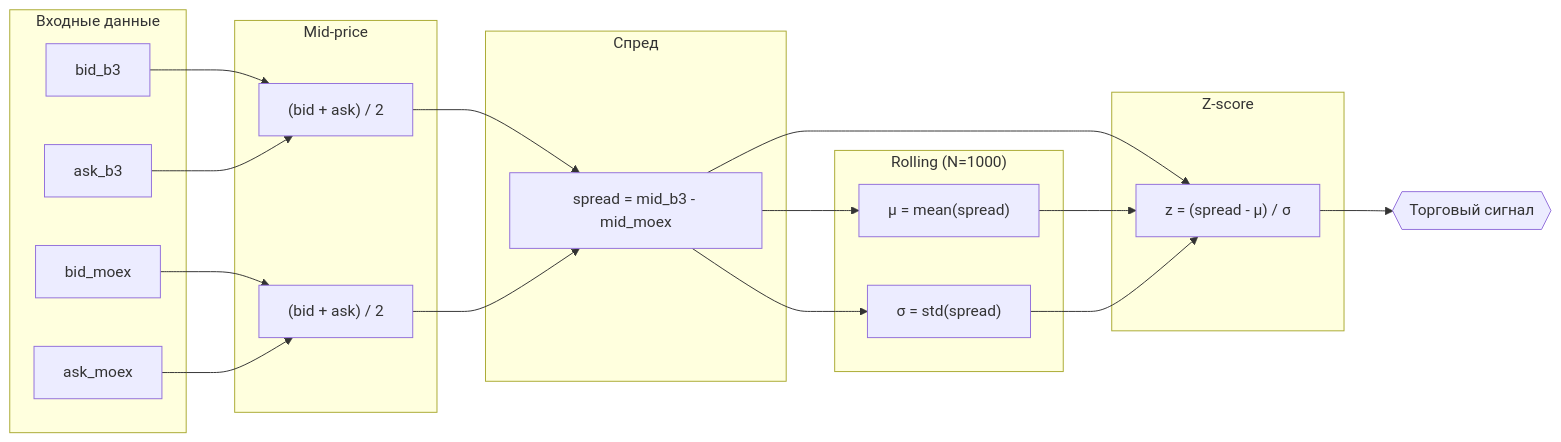
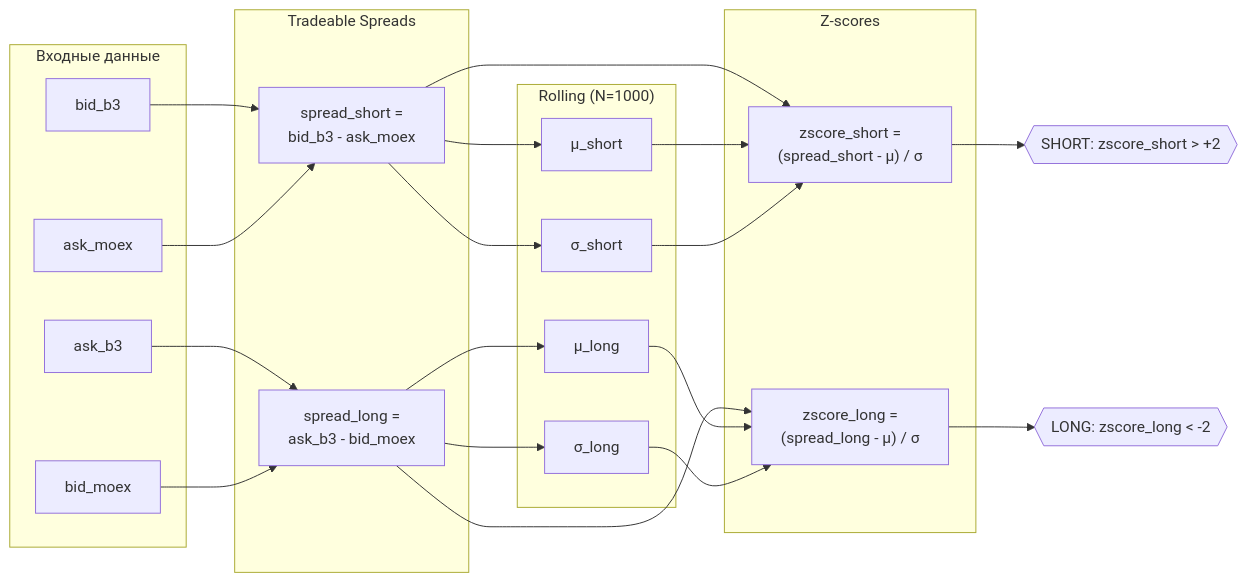
One commit to 4sm-ops/algo-test-task-01 changed the third of 3 diagrams in task3-gold-arbitrage/strategy.md. Above: the diagram before and after it, drawn with Mermaid. The commit also changed other lines of this file, not shown here.

Commit message:
task-03 - updated mermaid diagrams

````diff
--- a/task3-gold-arbitrage/strategy.md
+++ b/task3-gold-arbitrage/strategy.md
@@ -454,34 +455,35 @@
 ```mermaid
 flowchart LR
     subgraph INPUT["Входные данные"]
         B3_BID[bid_b3]
         B3_ASK[ask_b3]
         MOEX_BID[bid_moex]
         MOEX_ASK[ask_moex]
     end
 
-    subgraph MID["Mid-price"]
-        B3_BID --> MID_B3["(bid + ask) / 2"]
-        B3_ASK --> MID_B3
-        MOEX_BID --> MID_MOEX["(bid + ask) / 2"]
-        MOEX_ASK --> MID_MOEX
-    end
-
-    subgraph SPREAD_CALC["Спред"]
-        MID_B3 --> SPREAD["spread = mid_b3 - mid_moex"]
-        MID_MOEX --> SPREAD
+    subgraph SPREADS["Tradeable Spreads"]
+        B3_ASK --> SPREAD_LONG["spread_long =<br/>ask_b3 - bid_moex"]
+        MOEX_BID --> SPREAD_LONG
+        B3_BID --> SPREAD_SHORT["spread_short =<br/>bid_b3 - ask_moex"]
+        MOEX_ASK --> SPREAD_SHORT
     end
 
     subgraph ROLLING["Rolling (N=1000)"]
-        SPREAD --> MEAN["μ = mean(spread)"]
-        SPREAD --> STD["σ = std(spread)"]
+        SPREAD_LONG --> MEAN_L["μ_long"]
+        SPREAD_LONG --> STD_L["σ_long"]
+        SPREAD_SHORT --> MEAN_S["μ_short"]
+        SPREAD_SHORT --> STD_S["σ_short"]
     end
 
-    subgraph ZSCORE_CALC["Z-score"]
-        SPREAD --> Z["z = (spread - μ) / σ"]
-        MEAN --> Z
-        STD --> Z
+    subgraph ZSCORE_CALC["Z-scores"]
+        SPREAD_LONG --> Z_LONG["zscore_long =<br/>(spread_long - μ) / σ"]
+        MEAN_L --> Z_LONG
+        STD_L --> Z_LONG
+        SPREAD_SHORT --> Z_SHORT["zscore_short =<br/>(spread_short - μ) / σ"]
+        MEAN_S --> Z_SHORT
+        STD_S --> Z_SHORT
     end
 
-    Z --> SIGNAL{{"Торговый сигнал"}}
+    Z_LONG --> SIGNAL_LONG{{"LONG: zscore_long < -2"}}
+    Z_SHORT --> SIGNAL_SHORT{{"SHORT: zscore_short > +2"}}
 ```
````
